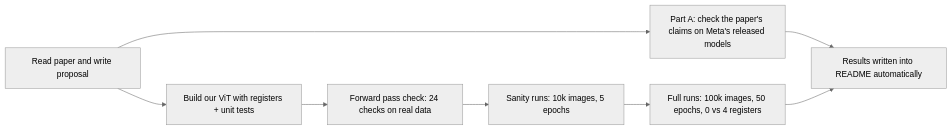
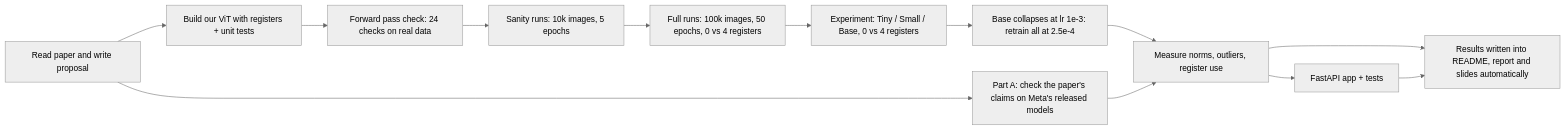
One commit to recommended131225435/vit-registers-reproduction changed the diagram in README.md. Above: the diagram before and after it, drawn with Mermaid (neutral theme). The commit also changed other lines of this file and 56 other files, not shown here.

Commit message:
Final experiment results, findings, conclusion, report and presentation

````diff
--- a/README.md
+++ b/README.md
@@ -115,10 +121,15 @@
 ```mermaid
 flowchart LR
     A["Read paper and write proposal"] --> B["Part A: check the paper's claims on Meta's released models"]
     A --> C["Build our ViT with registers + unit tests"]
     C --> D["Forward pass check: 24 checks on real data"]
     D --> E["Sanity runs: 10k images, 5 epochs"]
     E --> F["Full runs: 100k images, 50 epochs, 0 vs 4 registers"]
-    B --> G["Results written into README automatically"]
-    F --> G
+    F --> H["Experiment: Tiny / Small / Base, 0 vs 4 registers"]
+    H --> I["Base collapses at lr 1e-3: retrain all at 2.5e-4"]
+    I --> J["Measure norms, outliers, register use"]
+    B --> J
+    J --> K["FastAPI app + tests"]
+    J --> G["Results written into README, report and slides automatically"]
+    K --> G
 ```
````
